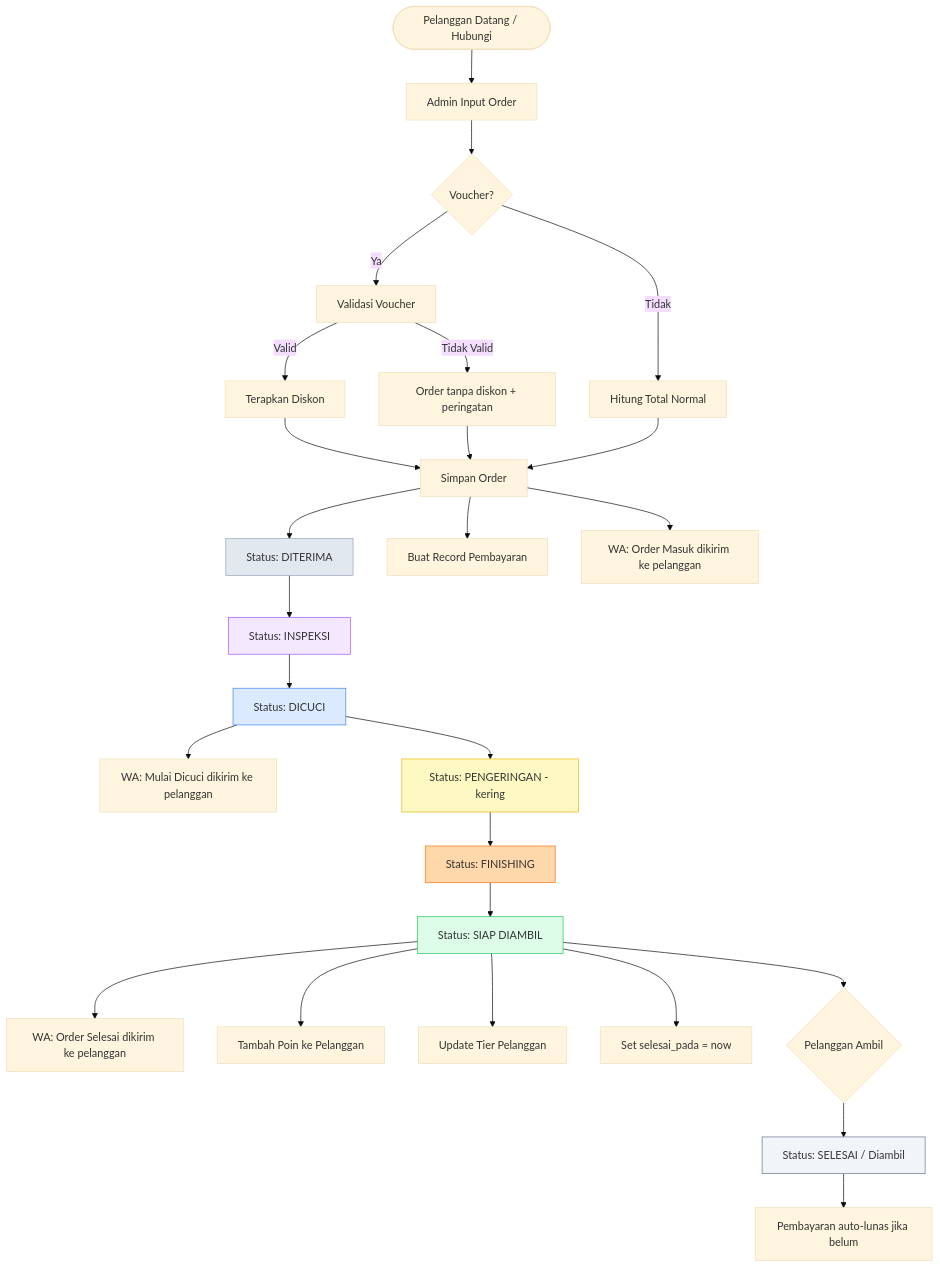
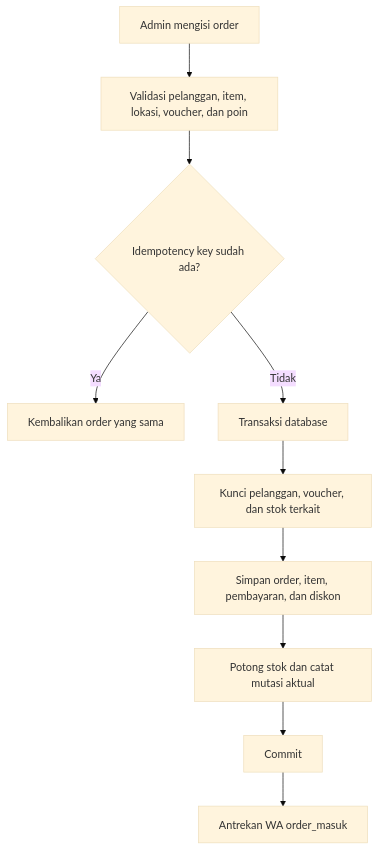
One commit to m0gsy/cuci-sepatu changed the first of 4 diagrams in docs/business-flow.md. Above: the diagram before and after it, drawn with Mermaid (base theme). The commit also changed other lines of this file and 136 other files, not shown here.

````diff
--- a/docs/business-flow.md
+++ b/docs/business-flow.md
@@ -9,38 +7,12 @@
 ```mermaid
 flowchart TD
-    A([Pelanggan Datang / Hubungi]) --> B[Admin Input Order]
-    B --> C{Voucher?}
-    C -->|Ya| D[Validasi Voucher]
-    D -->|Valid| E[Terapkan Diskon]
-    D -->|Tidak Valid| F[Order tanpa diskon + peringatan]
-    C -->|Tidak| G[Hitung Total Normal]
-    E --> H[Simpan Order]
-    F --> H
-    G --> H
-    H --> I[Status: DITERIMA]
-    H --> J[Buat Record Pembayaran]
-    H --> K[WA: Order Masuk dikirim ke pelanggan]
-
-    I --> L[Status: INSPEKSI]
-    L --> M[Status: DICUCI]
-    M --> N[WA: Mulai Dicuci dikirim ke pelanggan]
-    M --> O[Status: PENGERINGAN - kering]
-    O --> P[Status: FINISHING]
-    P --> Q[Status: SIAP DIAMBIL]
-    Q --> R[WA: Order Selesai dikirim ke pelanggan]
-    Q --> S[Tambah Poin ke Pelanggan]
-    Q --> T[Update Tier Pelanggan]
-    Q --> U[Set selesai_pada = now]
-
-    Q --> V{Pelanggan Ambil}
-    V --> W[Status: SELESAI / Diambil]
-    W --> X[Pembayaran auto-lunas jika belum]
-
-    style I fill:#e2e8f0,stroke:#94a3b8
-    style L fill:#f3e8ff,stroke:#a855f7
-    style M fill:#dbeafe,stroke:#3b82f6
-    style O fill:#fef9c3,stroke:#eab308
-    style P fill:#fed7aa,stroke:#f97316
-    style Q fill:#dcfce7,stroke:#22c55e
-    style W fill:#f1f5f9,stroke:#64748b
+    A[Admin mengisi order] --> B[Validasi pelanggan, item, lokasi, voucher, dan poin]
+    B --> C{Idempotency key sudah ada?}
+    C -->|Ya| D[Kembalikan order yang sama]
+    C -->|Tidak| E[Transaksi database]
+    E --> F[Kunci pelanggan, voucher, dan stok terkait]
+    F --> G[Simpan order, item, pembayaran, dan diskon]
+    G --> H[Potong stok dan catat mutasi aktual]
+    H --> I[Commit]
+    I --> J[Antrekan WA order_masuk]
 ```
````
